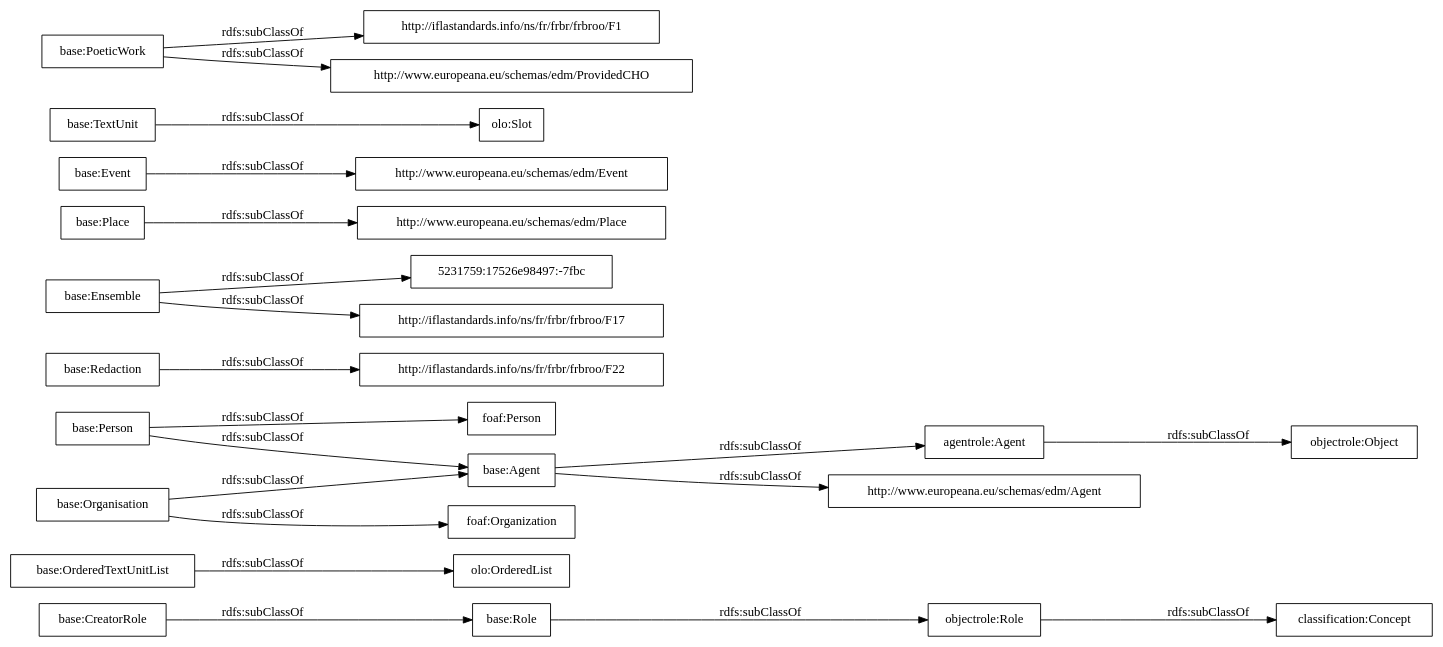
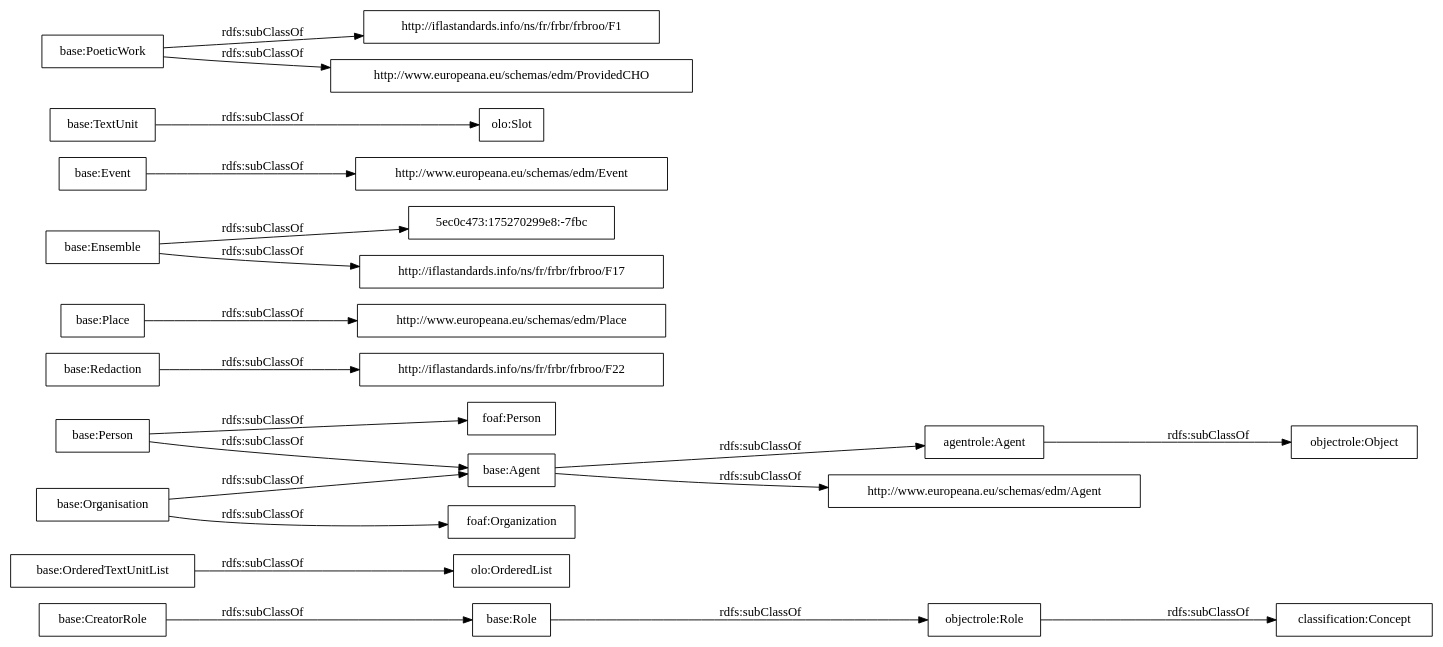
Before and after one commit to OnToologyUser/core-ontology-1: the diagram in OnToology/postdata-core.owl/diagrams/ar2dtool-taxonomy/postdata-core.owl.png.dot, drawn with Graphviz. The commit also changed 14 other files, not shown here.

```diff
--- a/OnToology/postdata-core.owl/diagrams/ar2dtool-taxonomy/postdata-core.owl.png.dot
+++ b/OnToology/postdata-core.owl/diagrams/ar2dtool-taxonomy/postdata-core.owl.png.dot
@@ -1,25 +1,25 @@
 digraph ar2dtool_diagram { 
 rankdir=LR;
 size="1000"
-node [shape = rectangle, color="black"]; "base:Role" "base:OrderedTextUnitList" "agentrole:Agent" "http://iflastandards.info/ns/fr/frbr/frbroo/F22" "http://www.europeana.eu/schemas/edm/Agent" "base:Agent" "base:CreatorRole" "base:Person" "base:Organisation" "5231759:17526e98497:-7fbc" "http://www.europeana.eu/schemas/edm/Place" "base:Redaction" "foaf:Person" "base:Ensemble" "http://www.europeana.eu/schemas/edm/Event" "base:TextUnit" "http://iflastandards.info/ns/fr/frbr/frbroo/F1" "foaf:Organization" "http://www.europeana.eu/schemas/edm/ProvidedCHO" "base:Place" "base:Event" "base:PoeticWork" "http://iflastandards.info/ns/fr/frbr/frbroo/F17" "objectrole:Role" "objectrole:Object" "classification:Concept" ; /*classes style*/
+node [shape = rectangle, color="black"]; "base:Role" "base:OrderedTextUnitList" "agentrole:Agent" "http://iflastandards.info/ns/fr/frbr/frbroo/F22" "http://www.europeana.eu/schemas/edm/Agent" "base:Agent" "base:CreatorRole" "base:Person" "base:Organisation" "http://www.europeana.eu/schemas/edm/Place" "base:Redaction" "base:Ensemble" "foaf:Person" "http://www.europeana.eu/schemas/edm/Event" "base:TextUnit" "http://iflastandards.info/ns/fr/frbr/frbroo/F1" "foaf:Organization" "5ec0c473:175270299e8:-7fbc" "http://www.europeana.eu/schemas/edm/ProvidedCHO" "base:Place" "base:Event" "base:PoeticWork" "http://iflastandards.info/ns/fr/frbr/frbroo/F17" "objectrole:Role" "objectrole:Object" "classification:Concept" ; /*classes style*/
 	"base:Redaction" -> "http://iflastandards.info/ns/fr/frbr/frbroo/F22" [ label = "rdfs:subClassOf" ];
 	"base:Role" -> "objectrole:Role" [ label = "rdfs:subClassOf" ];
 	"base:Event" -> "http://www.europeana.eu/schemas/edm/Event" [ label = "rdfs:subClassOf" ];
 	"base:Person" -> "foaf:Person" [ label = "rdfs:subClassOf" ];
 	"base:Person" -> "base:Agent" [ label = "rdfs:subClassOf" ];
 	"base:PoeticWork" -> "http://www.europeana.eu/schemas/edm/ProvidedCHO" [ label = "rdfs:subClassOf" ];
 	"base:PoeticWork" -> "http://iflastandards.info/ns/fr/frbr/frbroo/F1" [ label = "rdfs:subClassOf" ];
 	"base:TextUnit" -> "olo:Slot" [ label = "rdfs:subClassOf" ];
 	"agentrole:Agent" -> "objectrole:Object" [ label = "rdfs:subClassOf" ];
-	"base:Ensemble" -> "5231759:17526e98497:-7fbc" [ label = "rdfs:subClassOf" ];
+	"base:Ensemble" -> "5ec0c473:175270299e8:-7fbc" [ label = "rdfs:subClassOf" ];
 	"base:Ensemble" -> "http://iflastandards.info/ns/fr/frbr/frbroo/F17" [ label = "rdfs:subClassOf" ];
 	"base:OrderedTextUnitList" -> "olo:OrderedList" [ label = "rdfs:subClassOf" ];
 	"base:Agent" -> "agentrole:Agent" [ label = "rdfs:subClassOf" ];
 	"base:Agent" -> "http://www.europeana.eu/schemas/edm/Agent" [ label = "rdfs:subClassOf" ];
 	"objectrole:Role" -> "classification:Concept" [ label = "rdfs:subClassOf" ];
 	"base:Place" -> "http://www.europeana.eu/schemas/edm/Place" [ label = "rdfs:subClassOf" ];
 	"base:Organisation" -> "foaf:Organization" [ label = "rdfs:subClassOf" ];
 	"base:Organisation" -> "base:Agent" [ label = "rdfs:subClassOf" ];
 	"base:CreatorRole" -> "base:Role" [ label = "rdfs:subClassOf" ];
 
 }
```
